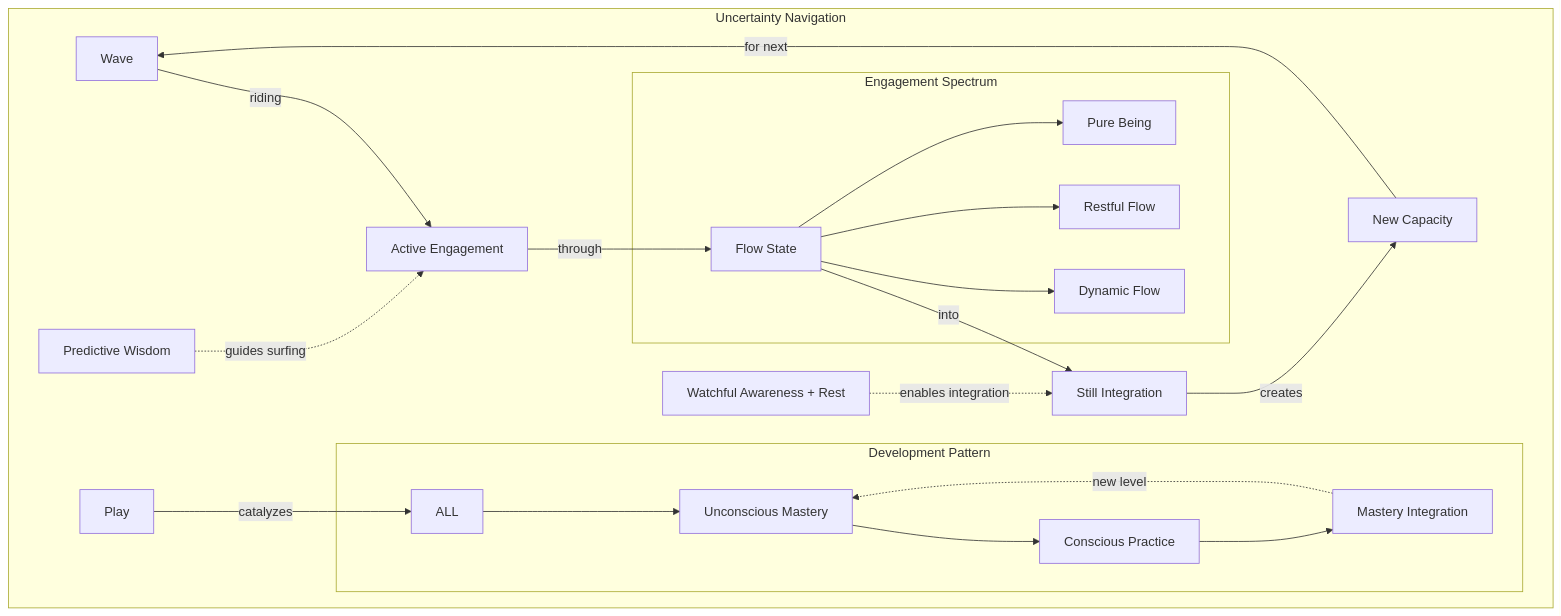
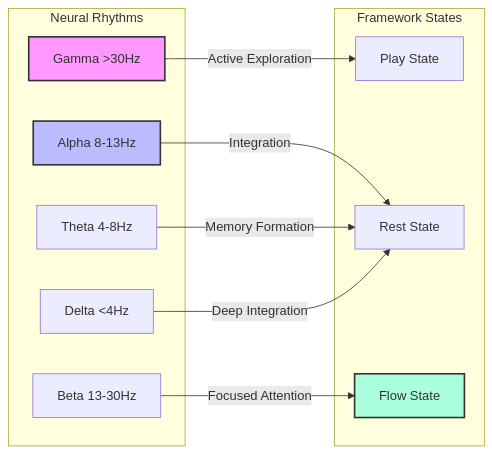
One commit to phillipclapham/neuroweaver changed the seventh of 52 diagrams in README.md. Above: the diagram before and after it, drawn with Mermaid. The commit also changed other lines of this file and 4 other files, not shown here.

Commit message:
v0.2.0-flow

````diff
--- a/README.md
+++ b/README.md
@@ -760,27 +3242,26 @@
 ```mermaid
-graph TD
-    subgraph "Uncertainty Navigation"
-        W[Wave] -->|riding| A[Active Engagement]
-        A -->|through| F[Flow State]
-        F -->|into| S[Still Integration]
-        S -->|creates| N[New Capacity]
-        N -->|for next| W
+graph LR
+    subgraph "Neural Rhythms"
+        G[Gamma >30Hz]
+        B[Beta 13-30Hz]
+        A[Alpha 8-13Hz]
+        T[Theta 4-8Hz]
+        D[Delta <4Hz]
+    end
 
-        PW[Predictive Wisdom] -.->|guides surfing| A
-        WA_R[Watchful Awareness + Rest] -.->|enables integration| S
-        Play[Play] -->|catalyzes| ALL
+    subgraph "Framework States"
+        P[Play State]
+        R[Rest State]
+        F[Flow State]
+    end
 
-        subgraph "Engagement Spectrum"
-            F --> D[Dynamic Flow]
-            F --> R[Restful Flow]
-            F --> P[Pure Being]
-        end
+    G -->|Active Exploration| P
+    B -->|Focused Attention| F
+    A -->|Integration| R
+    T -->|Memory Formation| R
+    D -->|Deep Integration| R
 
-        subgraph "Development Pattern"
-            ALL --> U[Unconscious Mastery]
-            U --> C[Conscious Practice]
-            C --> M[Mastery Integration]
-            M -.->|new level| U
-        end
-    end
+    style G fill:#f9f,stroke:#333,stroke-width:2px
+    style A fill:#bbf,stroke:#333,stroke-width:2px
+    style F fill:#afd,stroke:#333,stroke-width:2px
 ```
````
